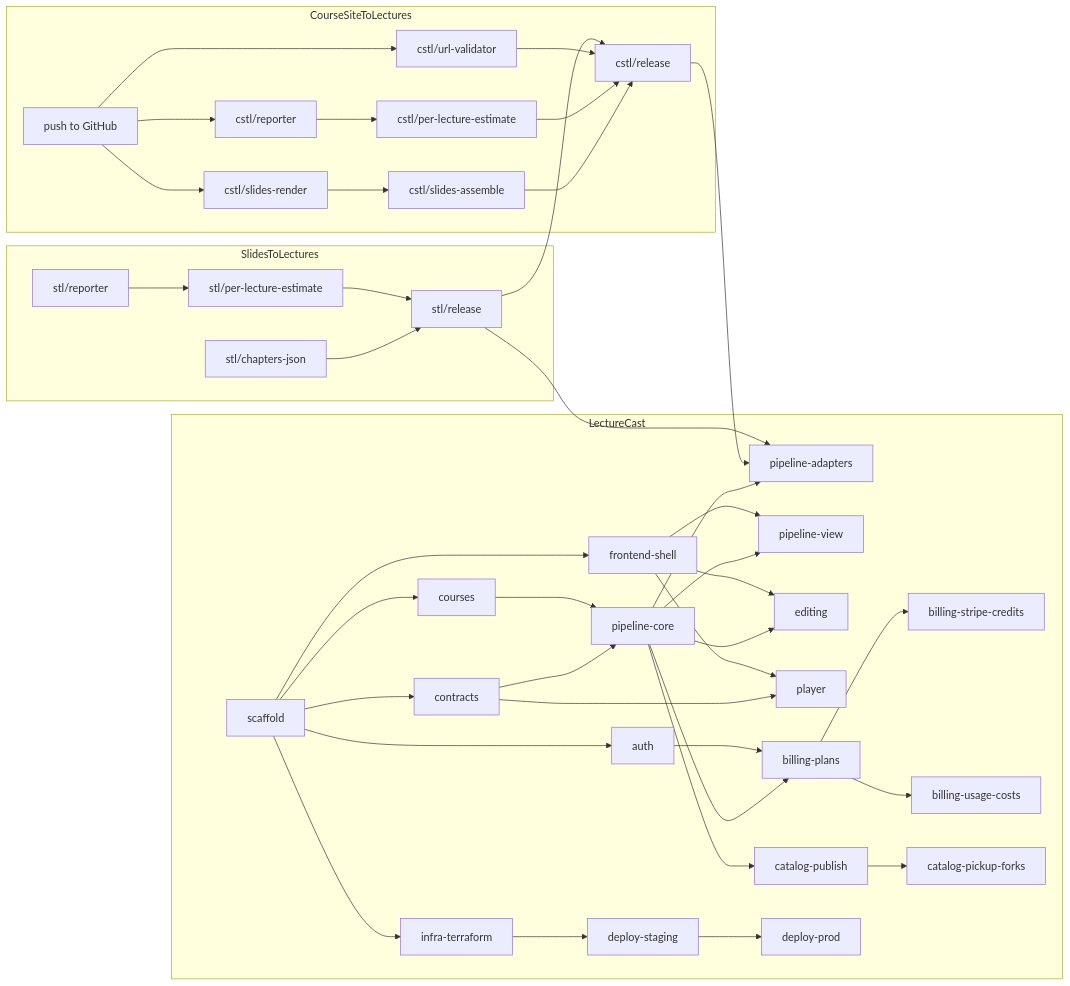
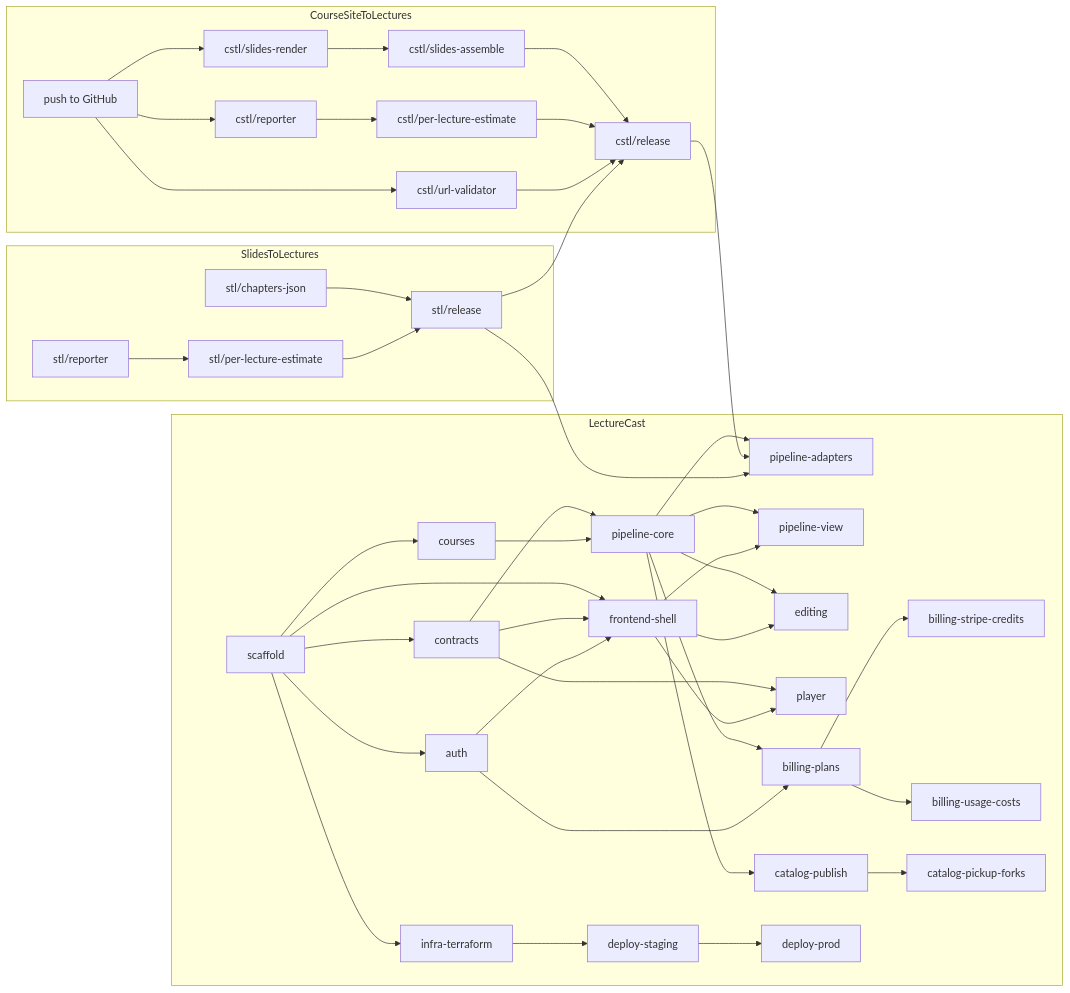
One commit to ExNumberless/LectureCast changed the diagram in docs/plan/workstreams.md. Above: the diagram before and after it, drawn with Mermaid. The commit also changed other lines of this file and 11 other files, not shown here.

````diff
--- a/docs/plan/workstreams.md
+++ b/docs/plan/workstreams.md
@@ -26,57 +26,58 @@
 ```mermaid
 flowchart LR
   subgraph STL[SlidesToLectures]
     stl1[stl/reporter]
     stl2[stl/chapters-json]
     stl3[stl/per-lecture-estimate]
     stl4[stl/release]
     stl1 --> stl3
     stl2 --> stl4
     stl3 --> stl4
   end
   subgraph CSTL[CourseSiteToLectures]
     c0[push to GitHub]
     c1[cstl/reporter]
     c2[cstl/url-validator]
     c3[cstl/slides-render]
     c4[cstl/slides-assemble]
     c5[cstl/per-lecture-estimate]
     c6[cstl/release]
     c0 --> c1 & c2 & c3
     c3 --> c4
     c1 --> c5
     c4 & c5 & c2 --> c6
   end
   stl4 --> c6
   subgraph LC[LectureCast]
     s[scaffold]
     contracts[contracts]
     auth[auth]
     courses[courses]
     pcore[pipeline-core]
     fshell[frontend-shell]
     tf[infra-terraform]
     padapt[pipeline-adapters]
     pview[pipeline-view]
     editing[editing]
     player[player]
     plans[billing-plans]
     stripe[billing-stripe-credits]
     costs[billing-usage-costs]
     pub[catalog-publish]
     pick[catalog-pickup-forks]
     deploy[deploy-staging]
     s --> contracts & auth & courses & fshell & tf
-    contracts --> pcore & player
+    contracts --> pcore & player & fshell
+    auth --> fshell
     courses --> pcore
     pcore --> padapt & pview & plans & pub & editing
     fshell --> pview & player & editing
     auth --> plans
     plans --> stripe & costs
     pub --> pick
     tf --> deploy
     deploy --> prod[deploy-prod]
   end
   c6 --> padapt
   stl4 --> padapt
 ```
````
